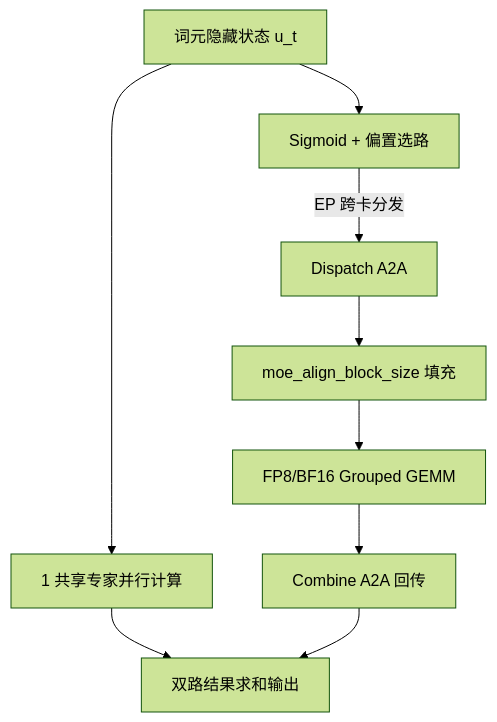
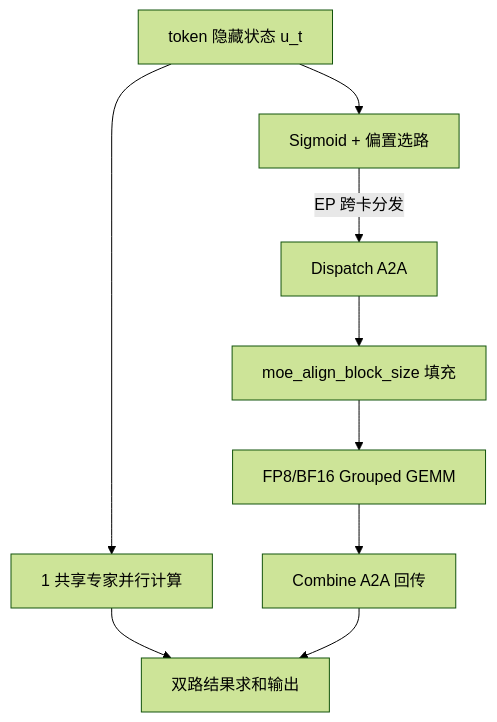
One commit to xingcanlee/infra-note changed the diagram in src/content/posts/deepseek/06-moe/index.mdx. Above: the diagram before and after it, drawn with Mermaid (forest theme). The commit also changed other lines of this file and 22 other files, not shown here.

````diff
--- a/src/content/posts/deepseek/06-moe/index.mdx
+++ b/src/content/posts/deepseek/06-moe/index.mdx
@@ -60,11 +54,11 @@
 ```mermaid caption="图 3：EP 跨卡通信 Dispatch、块对齐计算与 Combine 重排流水线"
 flowchart TD
-  IN["词元隐藏状态 u_t"] --> RT["Sigmoid + 偏置选路"]
+  IN["token 隐藏状态 u_t"] --> RT["Sigmoid + 偏置选路"]
   IN --> SH["1 共享专家并行计算"]
   RT -->|"EP 跨卡分发"| DISP["Dispatch A2A"]
   DISP --> ALIGN["moe_align_block_size 填充"]
   ALIGN --> GMM["FP8/BF16 Grouped GEMM"]
   GMM --> COMB["Combine A2A 回传"]
   SH --> SUM["双路结果求和输出"]
   COMB --> SUM
 ```
````
